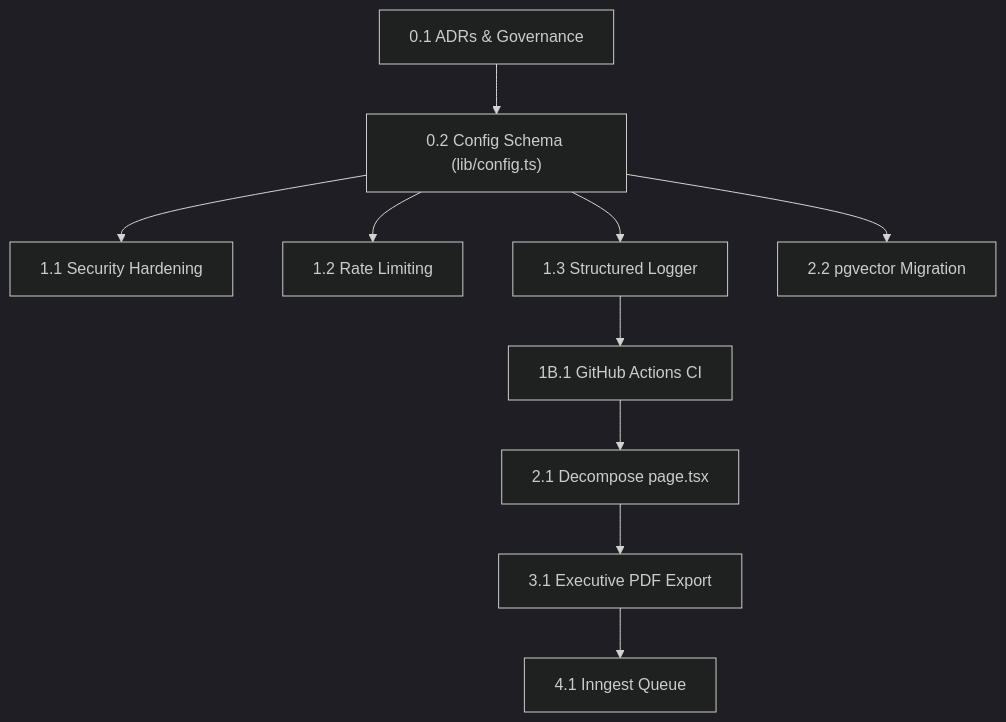
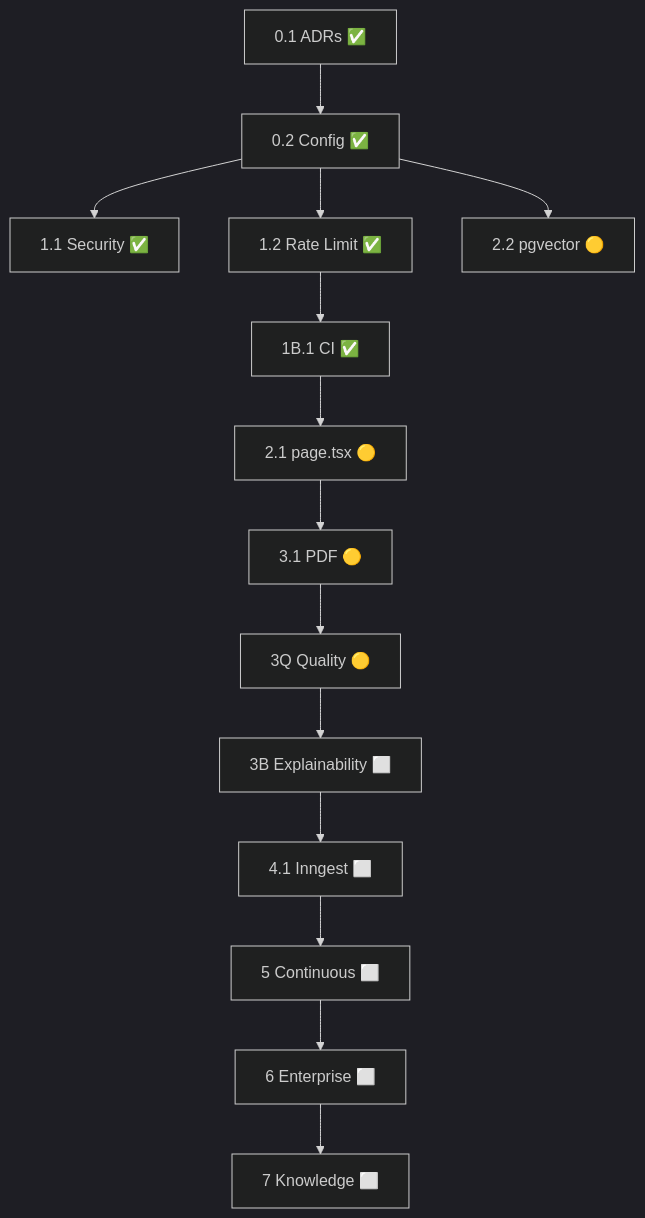
One commit to Pasidu-Mihiranga/Veracity changed the ninth of 12 diagrams in docs/phase_by_phase_improvement_plan.md. Above: the diagram before and after it, drawn with Mermaid (dark theme). The commit also changed other lines of this file and 1 other file, not shown here.

````diff
--- a/docs/phase_by_phase_improvement_plan.md
+++ b/docs/phase_by_phase_improvement_plan.md
@@ -734,15 +1040,16 @@
 ```mermaid
 graph TD
-    T0_1["0.1 ADRs & Governance"] --> T0_2["0.2 Config Schema (lib/config.ts)"]
-    T0_2 --> T1_1["1.1 Security Hardening"]
-    T0_2 --> T1_2["1.2 Rate Limiting"]
-    T0_2 --> T1_3["1.3 Structured Logger"]
-
-    T1_3 --> T1B_1["1B.1 GitHub Actions CI"]
-
-    T1B_1 --> T2_1["2.1 Decompose page.tsx"]
-    T0_2 --> T2_2["2.2 pgvector Migration"]
-
-    T2_1 --> T3_1["3.1 Executive PDF Export"]
-    T3_1 --> T4_1["4.1 Inngest Queue"]
+    T0_1["0.1 ADRs ✅"] --> T0_2["0.2 Config ✅"]
+    T0_2 --> T1_1["1.1 Security ✅"]
+    T0_2 --> T1_2["1.2 Rate Limit ✅"]
+    T1_2 --> T1B_1["1B.1 CI ✅"]
+    T1B_1 --> T2_1["2.1 page.tsx 🟡"]
+    T0_2 --> T2_2["2.2 pgvector 🟡"]
+    T2_1 --> T3_1["3.1 PDF 🟡"]
+    T3_1 --> T3Q["3Q Quality 🟡"]
+    T3Q --> T3B["3B Explainability ⬜"]
+    T3B --> T4_1["4.1 Inngest ⬜"]
+    T4_1 --> T5["5 Continuous ⬜"]
+    T5 --> T6["6 Enterprise ⬜"]
+    T6 --> T7["7 Knowledge ⬜"]
 ```
````
